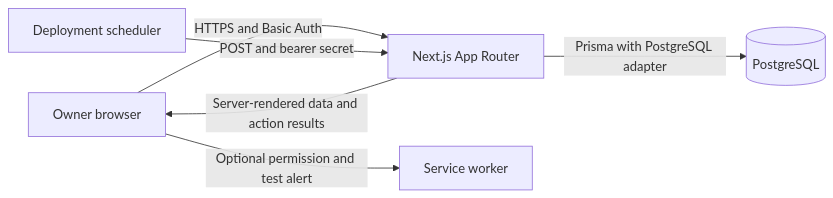
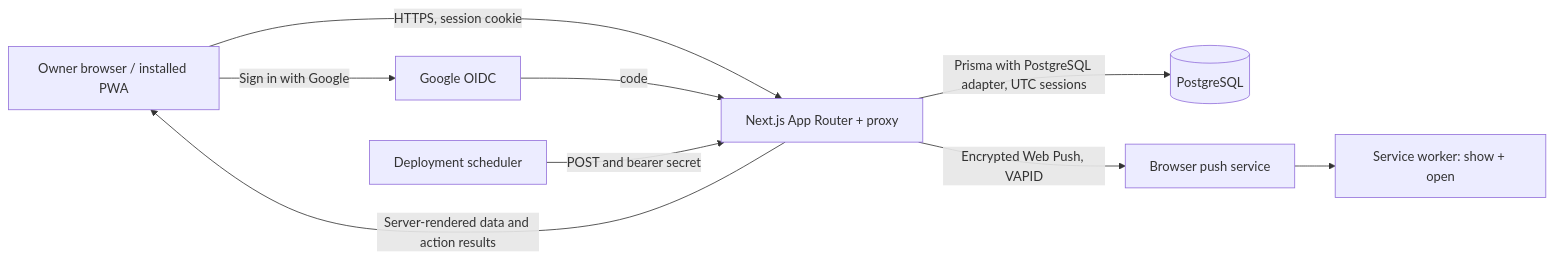
One commit to Shams261/CareerOs changed the diagram in docs/architecture/overview.md. Above: the diagram before and after it, drawn with Mermaid. The commit also changed other lines of this file and 19 other files, not shown here.

````diff
--- a/docs/architecture/overview.md
+++ b/docs/architecture/overview.md
@@ -7,8 +7,11 @@
 ```mermaid
 flowchart LR
-  Owner[Owner browser] -->|HTTPS and Basic Auth| App[Next.js App Router]
+  Owner[Owner browser / installed PWA] -->|HTTPS, session cookie| App[Next.js App Router + proxy]
+  Owner -->|Sign in with Google| Google[Google OIDC]
+  Google -->|code| App
   Cron[Deployment scheduler] -->|POST and bearer secret| App
-  App -->|Prisma with PostgreSQL adapter| DB[(PostgreSQL)]
+  App -->|Prisma with PostgreSQL adapter, UTC sessions| DB[(PostgreSQL)]
   App -->|Server-rendered data and action results| Owner
-  Owner -->|Optional permission and test alert| SW[Service worker]
+  App -->|Encrypted Web Push, VAPID| PushSvc[Browser push service]
+  PushSvc --> SW[Service worker: show + open]
 ```
````
